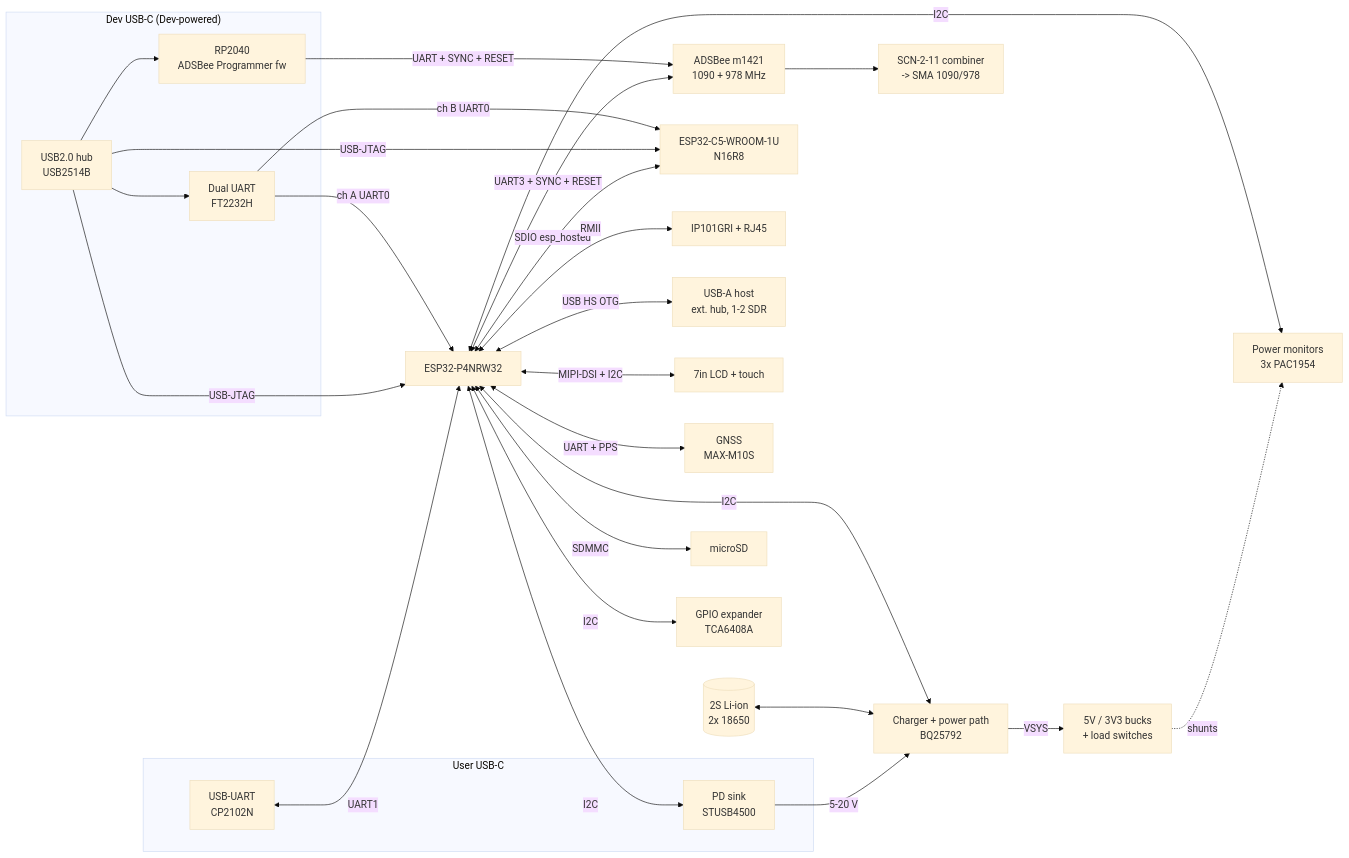
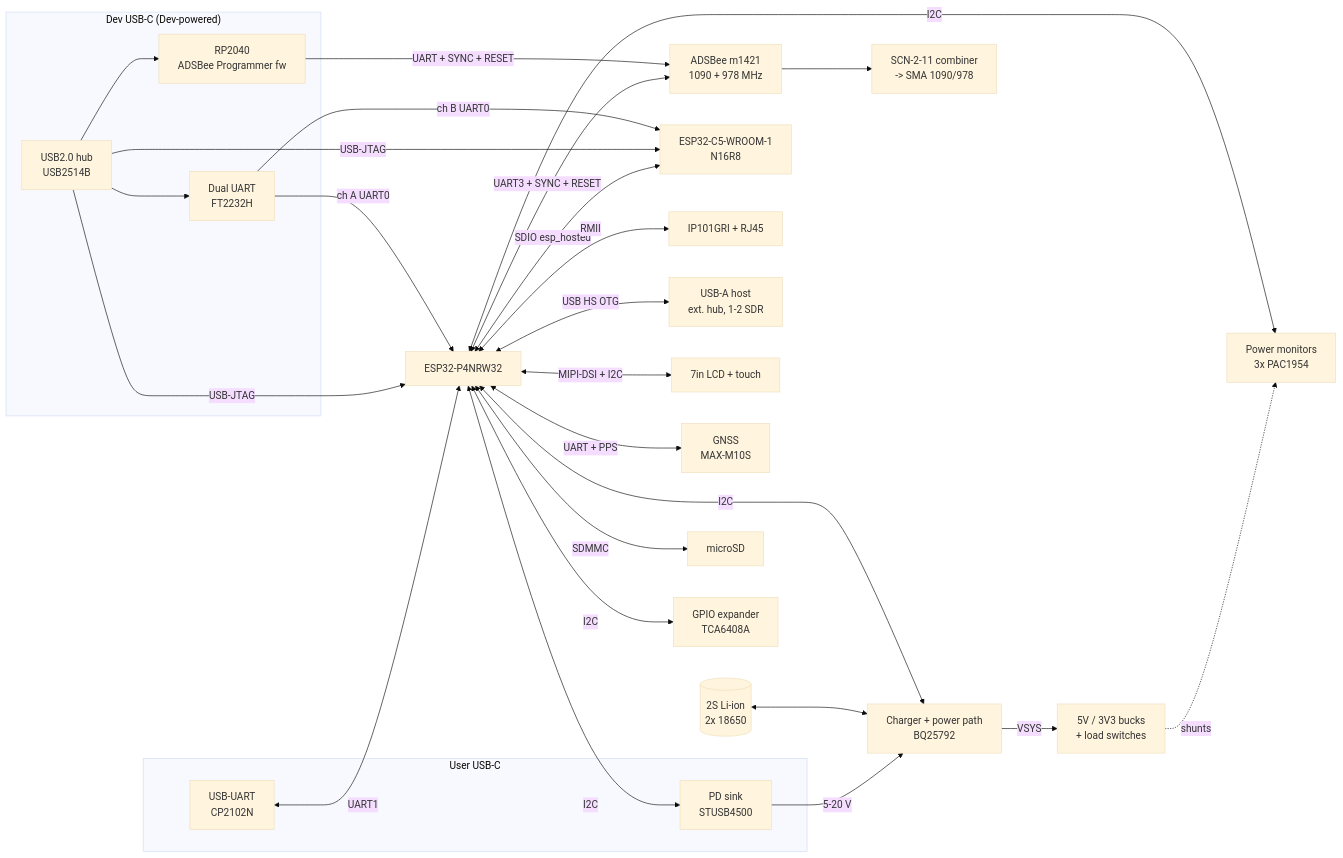
One commit to mummyJane/board_bsp changed the diagram in boards/adsb-test/docs/architecture.md. Above: the diagram before and after it, drawn with Mermaid (base theme). The commit also changed other lines of this file and 11 other files, not shown here.

````diff
--- a/boards/adsb-test/docs/architecture.md
+++ b/boards/adsb-test/docs/architecture.md
@@ -14,39 +14,39 @@
 ```mermaid
 flowchart LR
   subgraph USER["User USB-C"]
     PD[PD sink<br/>STUSB4500]
     UUART[USB-UART<br/>CP2102N]
   end
   subgraph DEV["Dev USB-C (Dev-powered)"]
     HUB[USB2.0 hub<br/>USB2514B]
     FT[Dual UART<br/>FT2232H]
     DP[RP2040<br/>ADSBee Programmer fw]
   end
   PD -->|5-20 V| CHG[Charger + power path<br/>BQ25792]
   BAT[(2S Li-ion<br/>2x 18650)] <--> CHG
   CHG -->|VSYS| RAILS[5V / 3V3 bucks<br/>+ load switches]
   RAILS -.->|shunts| PM[Power monitors<br/>3x PAC1954]
 
   P4[ESP32-P4NRW32]
-  C5[ESP32-C5-WROOM-1U<br/>N16R8]
+  C5[ESP32-C5-WROOM-1<br/>N16R8]
   P4 <-->|SDIO esp_hosted| C5
   P4 <-->|RMII| PHY[IP101GRI + RJ45]
   P4 <-->|USB HS OTG| USBA[USB-A host<br/>ext. hub, 1-2 SDR]
   P4 <-->|MIPI-DSI + I2C| LCD[7in LCD + touch]
   P4 <-->|UART + PPS| GPS[GNSS<br/>MAX-M10S]
   P4 <-->|UART3 + SYNC + RESET| M14[ADSBee m1421<br/>1090 + 978 MHz]
   P4 <-->|SDMMC| SD[microSD]
   P4 <-->|I2C| PM
   P4 <-->|I2C| CHG
   P4 <-->|I2C| PD
   P4 <-->|I2C| EXP[GPIO expander<br/>TCA6408A]
   UUART <-->|UART1| P4
   HUB -->|USB-JTAG| P4
   HUB -->|USB-JTAG| C5
   HUB --> FT
   HUB --> DP
   FT -->|ch A UART0| P4
   FT -->|ch B UART0| C5
   DP -->|UART + SYNC + RESET| M14
   M14 --> RF[SCN-2-11 combiner<br/>-> SMA 1090/978]
 ```
````
